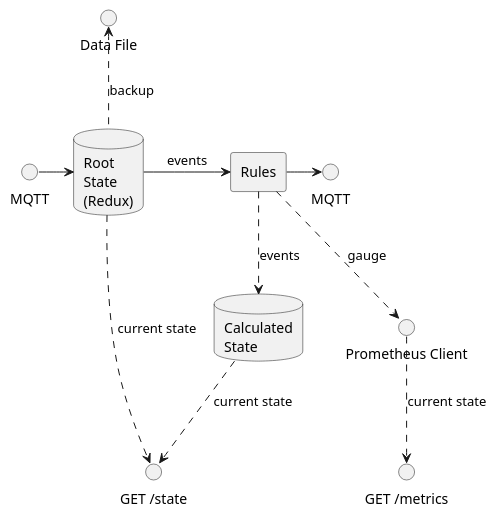
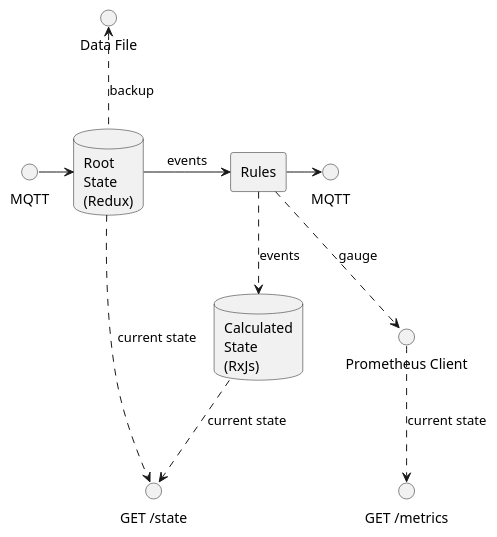
One commit to denwilliams/mqtt-state changed the diagram in overview.plantuml. Above: the diagram before and after it, drawn with PlantUML. The commit also changed 1 other file, not shown here.

```diff
--- a/overview.plantuml
+++ b/overview.plantuml
@@ -1,23 +1,23 @@
 @startuml
 
 interface "MQTT" as mqttin
 interface "MQTT" as mqttout
 interface "Data File" as file
 interface "Prometheus Client" as prom
 interface "GET /state" as getstate
 interface "GET /metrics" as getmetrics
 database "Root\nState\n(Redux)" as root
 agent "Rules" as rules
-database "Calculated\nState" as calculated
+database "Calculated\nState\n(RxJs)" as calculated
 
 mqttin -> root
 root .up.> file: backup
 root -> rules: events
 rules .down.> calculated: events
 rules -> mqttout
 rules .down.> prom: gauge
 root .down.> getstate: current state
 calculated .down.> getstate: current state
 prom .down.> getmetrics: current state
 
 @enduml
```
